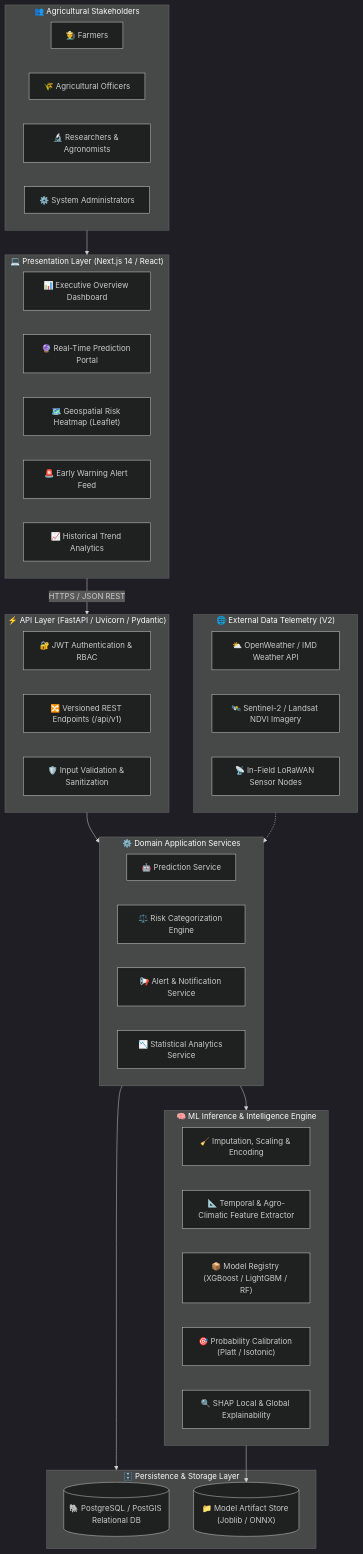
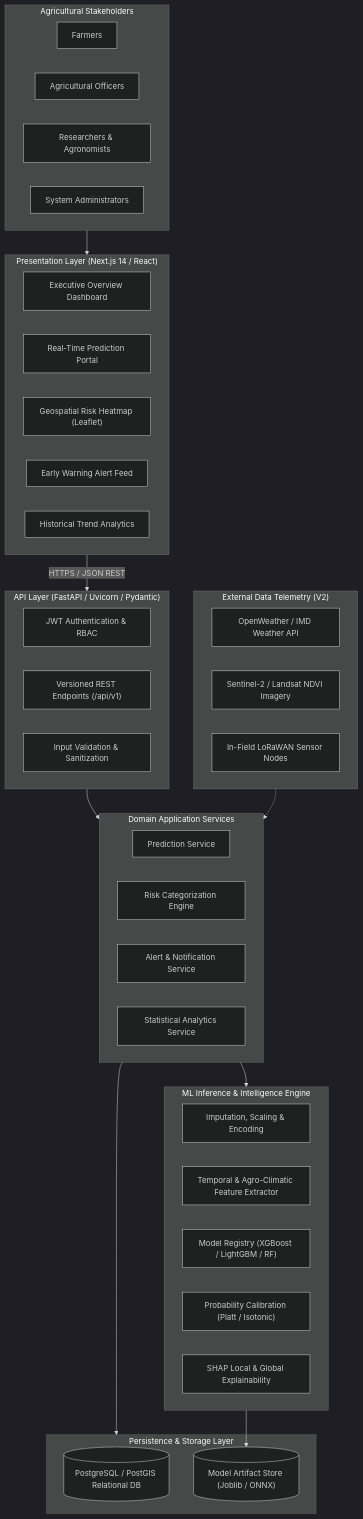
One commit to DivyeBhatnagar/Intelligent-Pest-Outbreak-Prediction-Early-Warning-Framework changed the first of 5 diagrams in README.md. Above: the diagram before and after it, drawn with Mermaid (dark theme). The commit also changed other lines of this file, not shown here.

Commit message:
docs: update authors, remove emojis from architecture diagrams, and fix mermaid syntax

````diff
--- a/README.md
+++ b/README.md
@@ -84,57 +84,57 @@
 ```mermaid
 graph TD
-    subgraph USERS["👥 Agricultural Stakeholders"]
-        U1["👨‍🌾 Farmers"]
-        U2["🌾 Agricultural Officers"]
-        U3["🔬 Researchers & Agronomists"]
-        U4["⚙️ System Administrators"]
+    subgraph USERS["Agricultural Stakeholders"]
+        U1["Farmers"]
+        U2["Agricultural Officers"]
+        U3["Researchers & Agronomists"]
+        U4["System Administrators"]
     end
 
-    subgraph PRESENTATION["💻 Presentation Layer (Next.js 14 / React)"]
-        UI_DASH["📊 Executive Overview Dashboard"]
-        UI_PRED["🔮 Real-Time Prediction Portal"]
-        UI_MAP["🗺️ Geospatial Risk Heatmap (Leaflet)"]
-        UI_ALERT["🚨 Early Warning Alert Feed"]
-        UI_ANALYTICS["📈 Historical Trend Analytics"]
+    subgraph PRESENTATION["Presentation Layer (Next.js 14 / React)"]
+        UI_DASH["Executive Overview Dashboard"]
+        UI_PRED["Real-Time Prediction Portal"]
+        UI_MAP["Geospatial Risk Heatmap (Leaflet)"]
+        UI_ALERT["Early Warning Alert Feed"]
+        UI_ANALYTICS["Historical Trend Analytics"]
     end
 
-    subgraph API_GATEWAY["⚡ API Layer (FastAPI / Uvicorn / Pydantic)"]
-        AUTH["🔐 JWT Authentication & RBAC"]
-        ROUTER["🔀 Versioned REST Endpoints (/api/v1)"]
-        VALIDATOR["🛡️ Input Validation & Sanitization"]
+    subgraph API_GATEWAY["API Layer (FastAPI / Uvicorn / Pydantic)"]
+        AUTH["JWT Authentication & RBAC"]
+        ROUTER["Versioned REST Endpoints (/api/v1)"]
+        VALIDATOR["Input Validation & Sanitization"]
     end
 
-    subgraph APPLICATION_SERVICES["⚙️ Domain Application Services"]
-        SRV_PRED["🤖 Prediction Service"]
-        SRV_RISK["⚖️ Risk Categorization Engine"]
-        SRV_ALERT["📢 Alert & Notification Service"]
-        SRV_ANALYTICS["📉 Statistical Analytics Service"]
+    subgraph APPLICATION_SERVICES["Domain Application Services"]
+        SRV_PRED["Prediction Service"]
+        SRV_RISK["Risk Categorization Engine"]
+        SRV_ALERT["Alert & Notification Service"]
+        SRV_ANALYTICS["Statistical Analytics Service"]
     end
 
-    subgraph ML_ENGINE["🧠 ML Inference & Intelligence Engine"]
-        PREPROC["🧹 Imputation, Scaling & Encoding"]
-        FEAT_ENG["📐 Temporal & Agro-Climatic Feature Extractor"]
-        MODEL_REG["📦 Model Registry (XGBoost / LightGBM / RF)"]
-        CALIBRATOR["🎯 Probability Calibration (Platt / Isotonic)"]
-        SHAP_EXP["🔍 SHAP Local & Global Explainability"]
+    subgraph ML_ENGINE["ML Inference & Intelligence Engine"]
+        PREPROC["Imputation, Scaling & Encoding"]
+        FEAT_ENG["Temporal & Agro-Climatic Feature Extractor"]
+        MODEL_REG["Model Registry (XGBoost / LightGBM / RF)"]
+        CALIBRATOR["Probability Calibration (Platt / Isotonic)"]
+        SHAP_EXP["SHAP Local & Global Explainability"]
     end
 
-    subgraph DATA_LAYER["🗄️ Persistence & Storage Layer"]
-        PG[("🐘 PostgreSQL / PostGIS Relational DB")]
-        OBJ_STORE[("📁 Model Artifact Store (Joblib / ONNX)")]
+    subgraph DATA_LAYER["Persistence & Storage Layer"]
+        PG[("PostgreSQL / PostGIS Relational DB")]
+        OBJ_STORE[("Model Artifact Store (Joblib / ONNX)")]
     end
 
-    subgraph EXTERNAL["🌐 External Data Telemetry (V2)"]
-        EXT_WEATHER["⛅ OpenWeather / IMD Weather API"]
-        EXT_SAT["🛰️ Sentinel-2 / Landsat NDVI Imagery"]
-        EXT_IOT["📡 In-Field LoRaWAN Sensor Nodes"]
+    subgraph EXTERNAL["External Data Telemetry (V2)"]
+        EXT_WEATHER["OpenWeather / IMD Weather API"]
+        EXT_SAT["Sentinel-2 / Landsat NDVI Imagery"]
+        EXT_IOT["In-Field LoRaWAN Sensor Nodes"]
     end
 
     USERS --> PRESENTATION
     PRESENTATION -- "HTTPS / JSON REST" --> API_GATEWAY
     API_GATEWAY --> APPLICATION_SERVICES
     APPLICATION_SERVICES --> ML_ENGINE
     APPLICATION_SERVICES --> DATA_LAYER
     ML_ENGINE --> OBJ_STORE
     EXTERNAL -.-> APPLICATION_SERVICES
 ```
````
